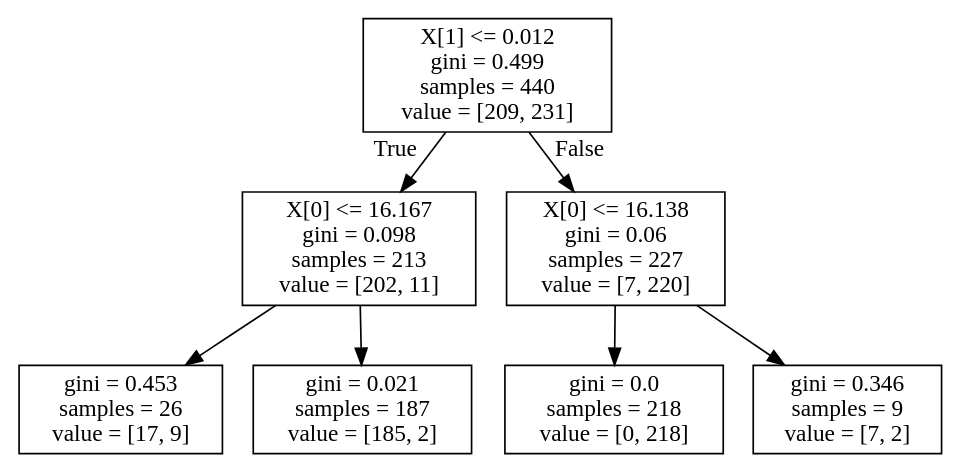
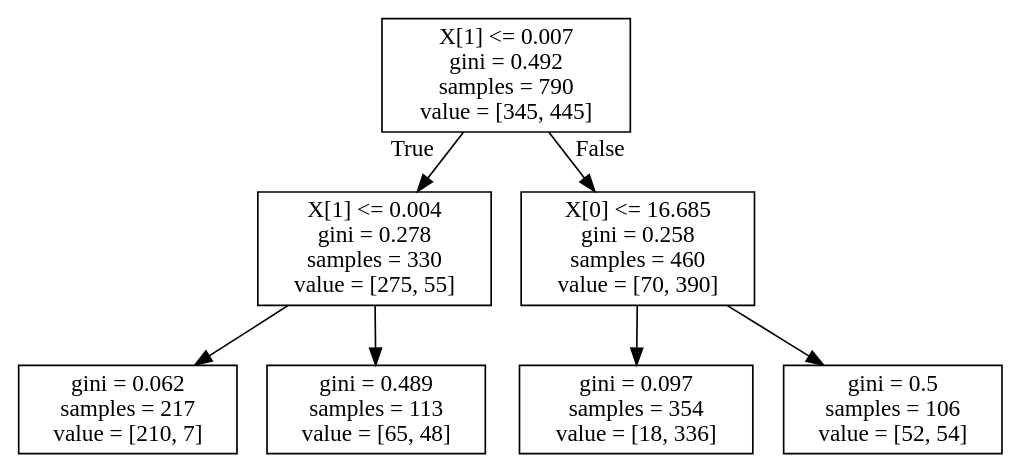
One commit to rocksnow1942/pstrace_monitor changed the diagram in tree.dot. Above: the diagram before and after it, drawn with Graphviz. The commit also changed 4 other files, not shown here.

```diff
--- a/tree.dot
+++ b/tree.dot
@@ -1,16 +1,16 @@
 digraph Tree {
 node [shape=box] ;
-0 [label="X[1] <= 0.012\ngini = 0.499\nsamples = 440\nvalue = [209, 231]"] ;
-1 [label="X[0] <= 16.167\ngini = 0.098\nsamples = 213\nvalue = [202, 11]"] ;
+0 [label="X[1] <= 0.007\ngini = 0.492\nsamples = 790\nvalue = [345, 445]"] ;
+1 [label="X[1] <= 0.004\ngini = 0.278\nsamples = 330\nvalue = [275, 55]"] ;
 0 -> 1 [labeldistance=2.5, labelangle=45, headlabel="True"] ;
-2 [label="gini = 0.453\nsamples = 26\nvalue = [17, 9]"] ;
+2 [label="gini = 0.062\nsamples = 217\nvalue = [210, 7]"] ;
 1 -> 2 ;
-3 [label="gini = 0.021\nsamples = 187\nvalue = [185, 2]"] ;
+3 [label="gini = 0.489\nsamples = 113\nvalue = [65, 48]"] ;
 1 -> 3 ;
-4 [label="X[0] <= 16.138\ngini = 0.06\nsamples = 227\nvalue = [7, 220]"] ;
+4 [label="X[0] <= 16.685\ngini = 0.258\nsamples = 460\nvalue = [70, 390]"] ;
 0 -> 4 [labeldistance=2.5, labelangle=-45, headlabel="False"] ;
-5 [label="gini = 0.0\nsamples = 218\nvalue = [0, 218]"] ;
+5 [label="gini = 0.097\nsamples = 354\nvalue = [18, 336]"] ;
 4 -> 5 ;
-6 [label="gini = 0.346\nsamples = 9\nvalue = [7, 2]"] ;
+6 [label="gini = 0.5\nsamples = 106\nvalue = [52, 54]"] ;
 4 -> 6 ;
 }
```
